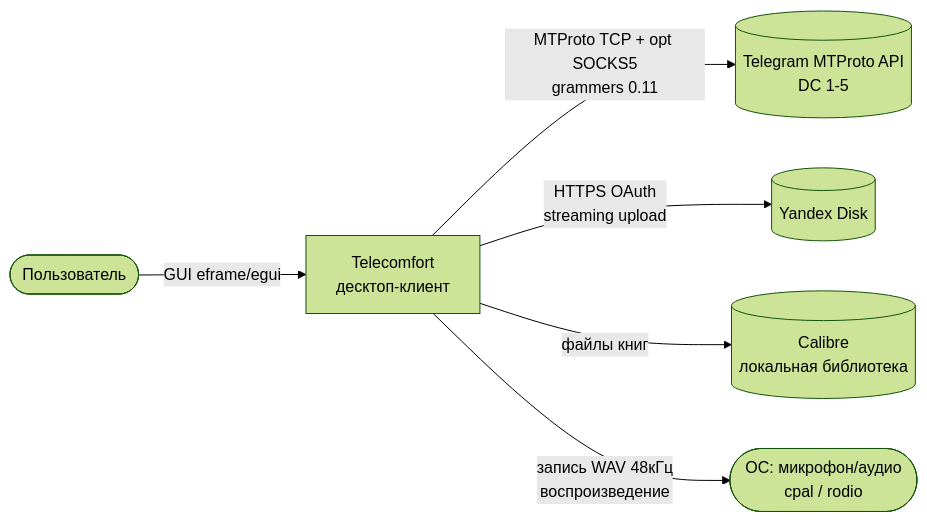
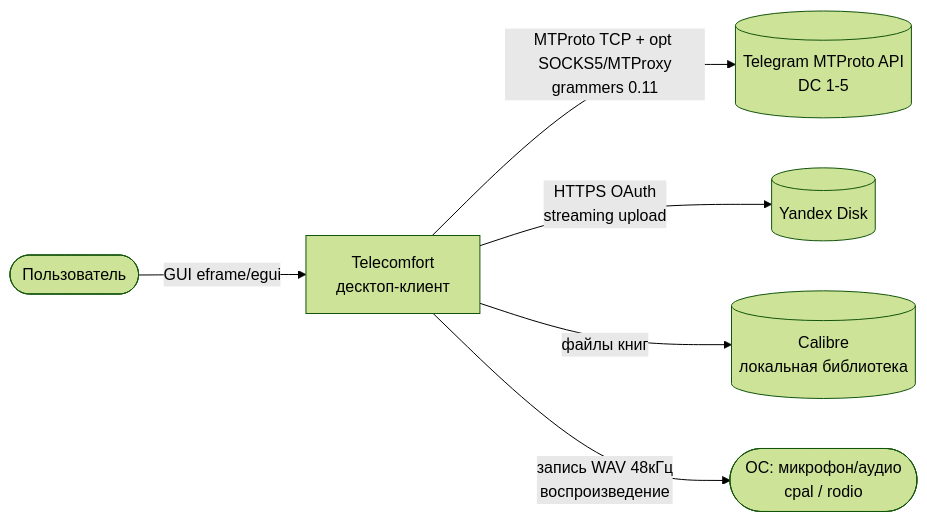
Before and after one commit to kotenev/telecomfort: the first of 9 diagrams in docs/architecture-mermaid.md, drawn with Mermaid (forest theme). The commit also changed 10 other files, not shown here.

````diff
--- a/docs/architecture-mermaid.md
+++ b/docs/architecture-mermaid.md
@@ -8,8 +8,8 @@
 ```mermaid
 flowchart LR
     U([Пользователь]) -->|GUI eframe/egui| APP[Telecomfort<br/>десктоп-клиент]
-    APP -->|MTProto TCP + opt SOCKS5<br/>grammers 0.11| TG[(Telegram MTProto API<br/>DC 1-5)]
+    APP -->|MTProto TCP + opt SOCKS5/MTProxy<br/>grammers 0.11| TG[(Telegram MTProto API<br/>DC 1-5)]
     APP -->|HTTPS OAuth<br/>streaming upload| YD[(Yandex Disk)]
     APP -->|файлы книг| CAL[(Calibre<br/>локальная библиотека)]
     APP -->|запись WAV 48кГц<br/>воспроизведение| OS([ОС: микрофон/аудио<br/>cpal / rodio])
 ```
````
